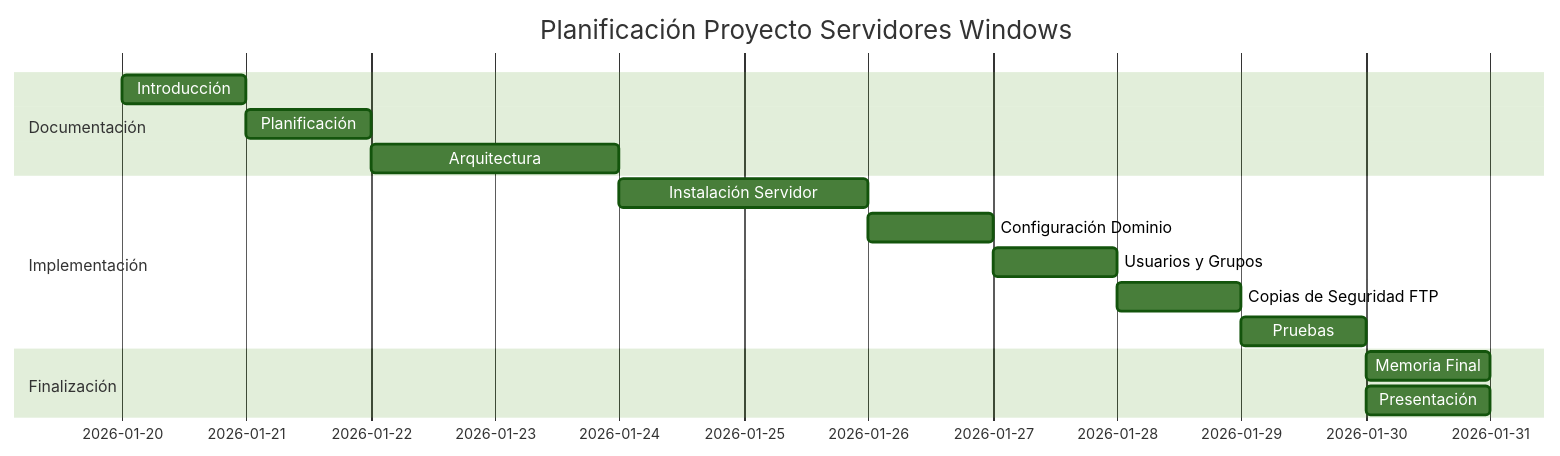
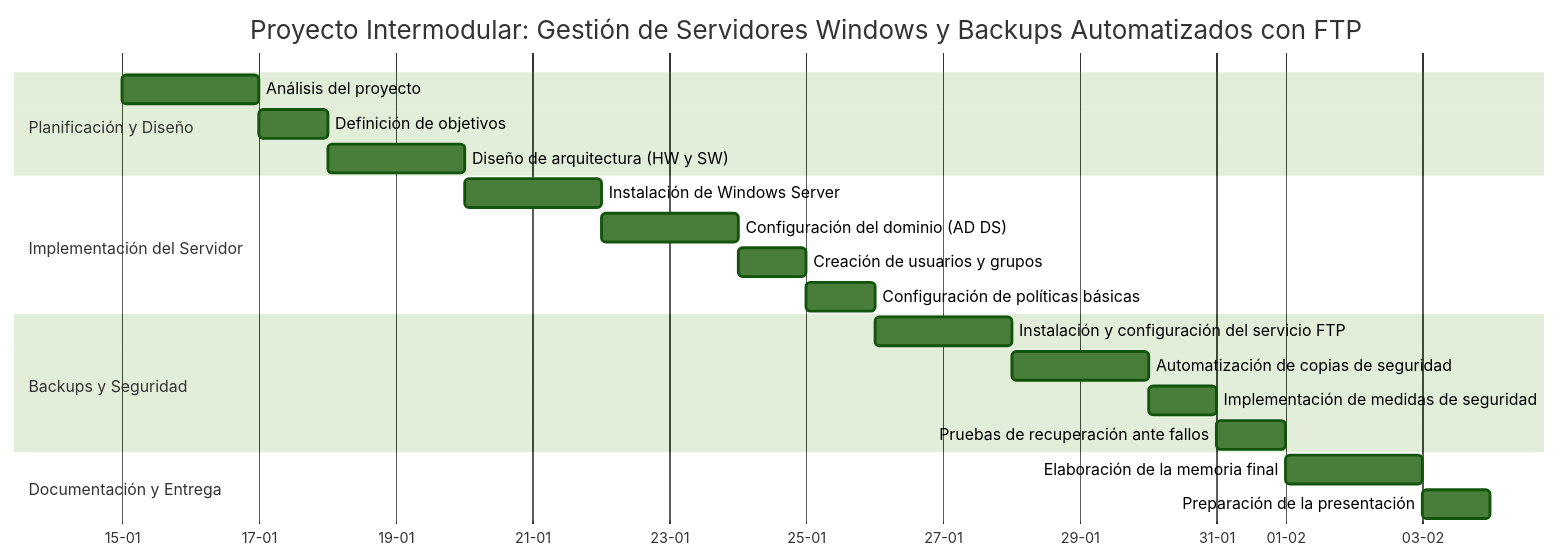
Before and after one commit to kiarakristellcruzdelacruz-arch/Proyecto-intermodular-: the diagram in README.md, drawn with Mermaid (forest theme). The commit also changed other lines of this file, not shown here.

Commit message:
Update project plan in README with new sections

````diff
--- a/README.md
+++ b/README.md
@@ -1,18 +1,27 @@
 ```mermaid
 gantt
-    title Planificación Proyecto Servidores Windows
+    title Proyecto Intermodular: Gestión de Servidores Windows y Backups Automatizados con FTP
     dateFormat  YYYY-MM-DD
-    section Documentación
-    Introducción               :a1, 2026-01-20, 1d
-    Planificación              :a2, 2026-01-21, 1d
-    Arquitectura               :a3, 2026-01-22, 2d
-    section Implementación
-    Instalación Servidor       :a4, 2026-01-24, 2d
-    Configuración Dominio      :a5, 2026-01-26, 1d
-    Usuarios y Grupos          :a6, 2026-01-27, 1d
-    Copias de Seguridad FTP    :a7, 2026-01-28, 1d
-    Pruebas                    :a8, 2026-01-29, 1d
-    section Finalización
-    Memoria Final              :a9, 2026-01-30, 1d
-    Presentación               :a10, 2026-01-30, 1d
+    axisFormat  %d-%m
+
+    section Planificación y Diseño
+    Análisis del proyecto                     :a1, 2026-01-15, 2d
+    Definición de objetivos                   :a2, 2026-01-17, 1d
+    Diseño de arquitectura (HW y SW)          :a3, 2026-01-18, 2d
+
+    section Implementación del Servidor
+    Instalación de Windows Server             :a4, 2026-01-20, 2d
+    Configuración del dominio (AD DS)         :a5, 2026-01-22, 2d
+    Creación de usuarios y grupos             :a6, 2026-01-24, 1d
+    Configuración de políticas básicas        :a7, 2026-01-25, 1d
+
+    section Backups y Seguridad
+    Instalación y configuración del servicio FTP :a8, 2026-01-26, 2d
+    Automatización de copias de seguridad     :a9, 2026-01-28, 2d
+    Implementación de medidas de seguridad    :a10, 2026-01-30, 1d
+    Pruebas de recuperación ante fallos       :a11, 2026-01-31, 1d
+
+    section Documentación y Entrega
+    Elaboración de la memoria final           :a12, 2026-02-01, 2d
+    Preparación de la presentación            :a13, 2026-02-03, 1d
 ```
````
